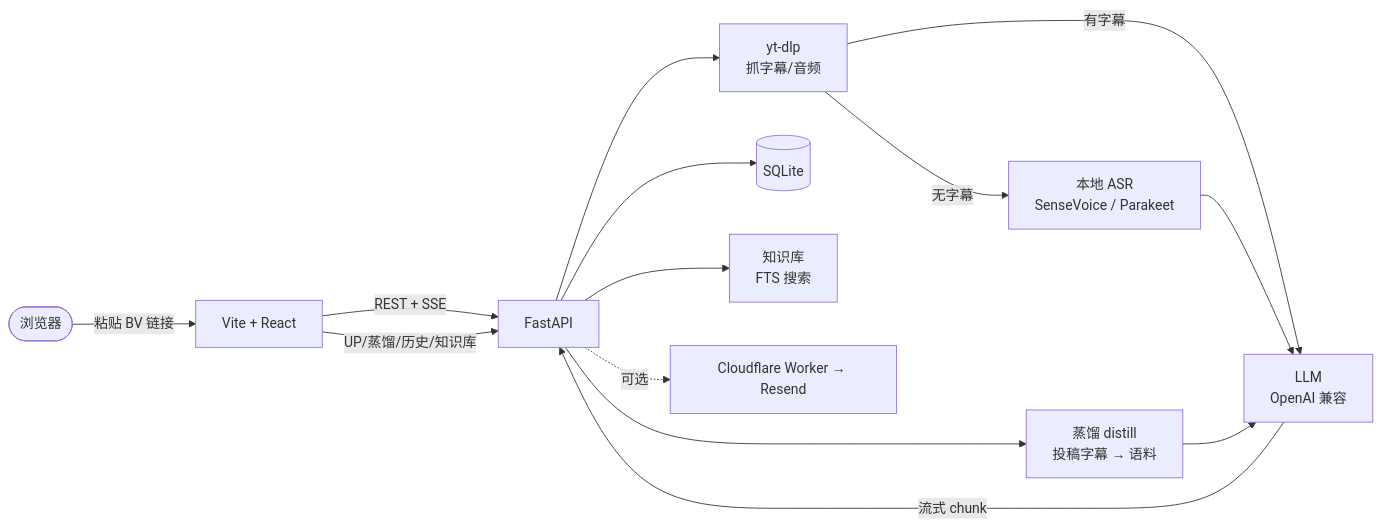
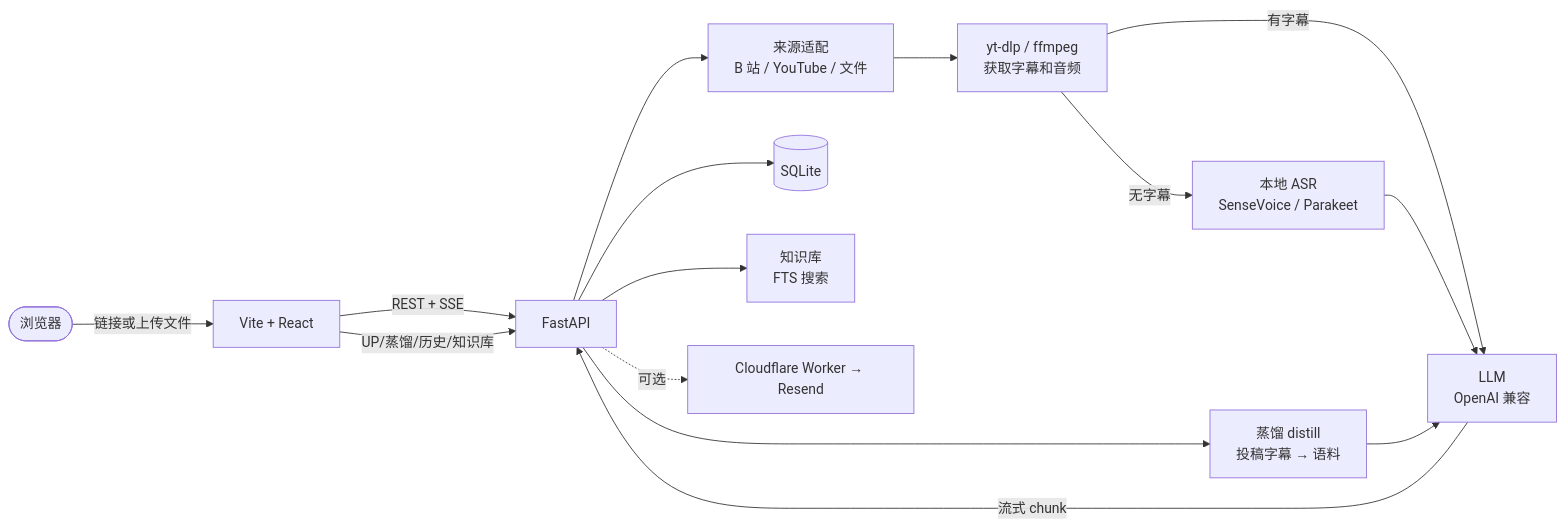
One commit to BazingaOrg/biri-youyaku changed the diagram in README.md. Above: the diagram before and after it, drawn with Mermaid. The commit also changed other lines of this file and 64 other files, not shown here.

````diff
--- a/README.md
+++ b/README.md
@@ -125,16 +126,17 @@
 ```mermaid
 flowchart LR
-    user([浏览器]) -->|粘贴 BV 链接| web[Vite + React]
+    user([浏览器]) -->|链接或上传文件| web[Vite + React]
     web -->|REST + SSE| api[FastAPI]
     web -->|UP/蒸馏/历史/知识库| api
-    api --> ytdlp[yt-dlp<br/>抓字幕/音频]
+    api --> sources[来源适配<br/>B 站 / YouTube / 文件]
+    sources --> ytdlp[yt-dlp / ffmpeg<br/>获取字幕和音频]
     ytdlp -->|有字幕| llm
     ytdlp -->|无字幕| asr[本地 ASR<br/>SenseVoice / Parakeet]
     asr --> llm[LLM<br/>OpenAI 兼容]
     api --> distill[蒸馏 distill<br/>投稿字幕 → 语料]
     distill --> llm
     llm -->|流式 chunk| api
     api --> db[(SQLite)]
     api --> knowledge[知识库<br/>FTS 搜索]
     api -. 可选 .-> mail[Cloudflare Worker → Resend]
 ```
````
